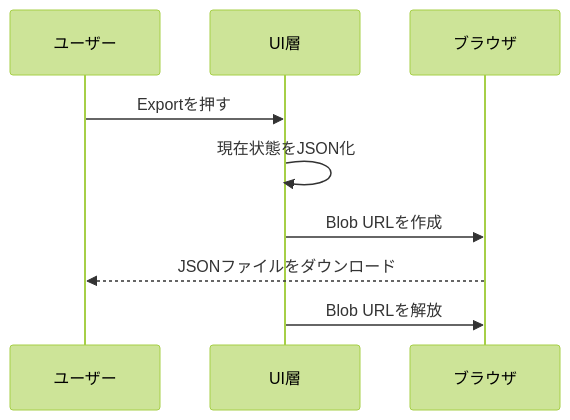
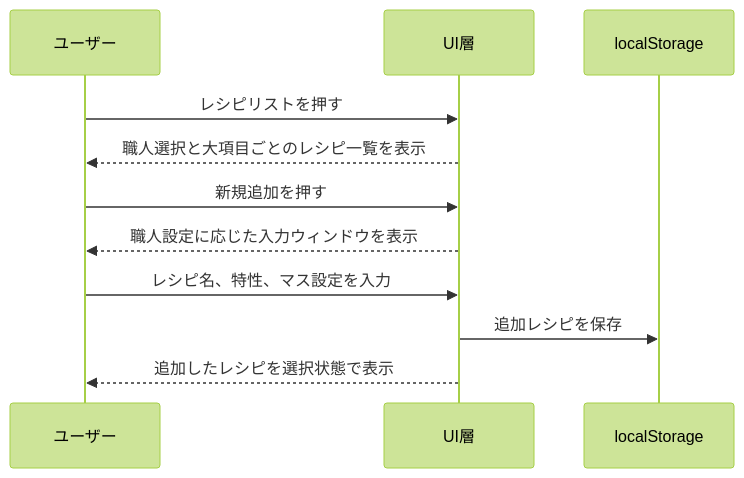
The fifth of 7 diagrams in docs/design/02-sequences.md (kwdch013/crafting_dq10), drawn with Mermaid (forest theme) before and after one commit. The commit also changed other lines of this file and 187 other files, not shown here.

````diff
--- a/docs/design/02-sequences.md
+++ b/docs/design/02-sequences.md
@@ -101,12 +101,14 @@
 ```mermaid
 sequenceDiagram
   participant User as ユーザー
   participant UI as UI層
-  participant Browser as ブラウザ
+  participant Storage as localStorage
 
-  User->>UI: Exportを押す
-  UI->>UI: 現在状態をJSON化
-  UI->>Browser: Blob URLを作成
-  Browser-->>User: JSONファイルをダウンロード
-  UI->>Browser: Blob URLを解放
+  User->>UI: レシピリストを押す
+  UI-->>User: 職人選択と大項目ごとのレシピ一覧を表示
+  User->>UI: 新規追加を押す
+  UI-->>User: 職人設定に応じた入力ウィンドウを表示
+  User->>UI: レシピ名、特性、マス設定を入力
+  UI->>Storage: 追加レシピを保存
+  UI-->>User: 追加したレシピを選択状態で表示
 ```
````
